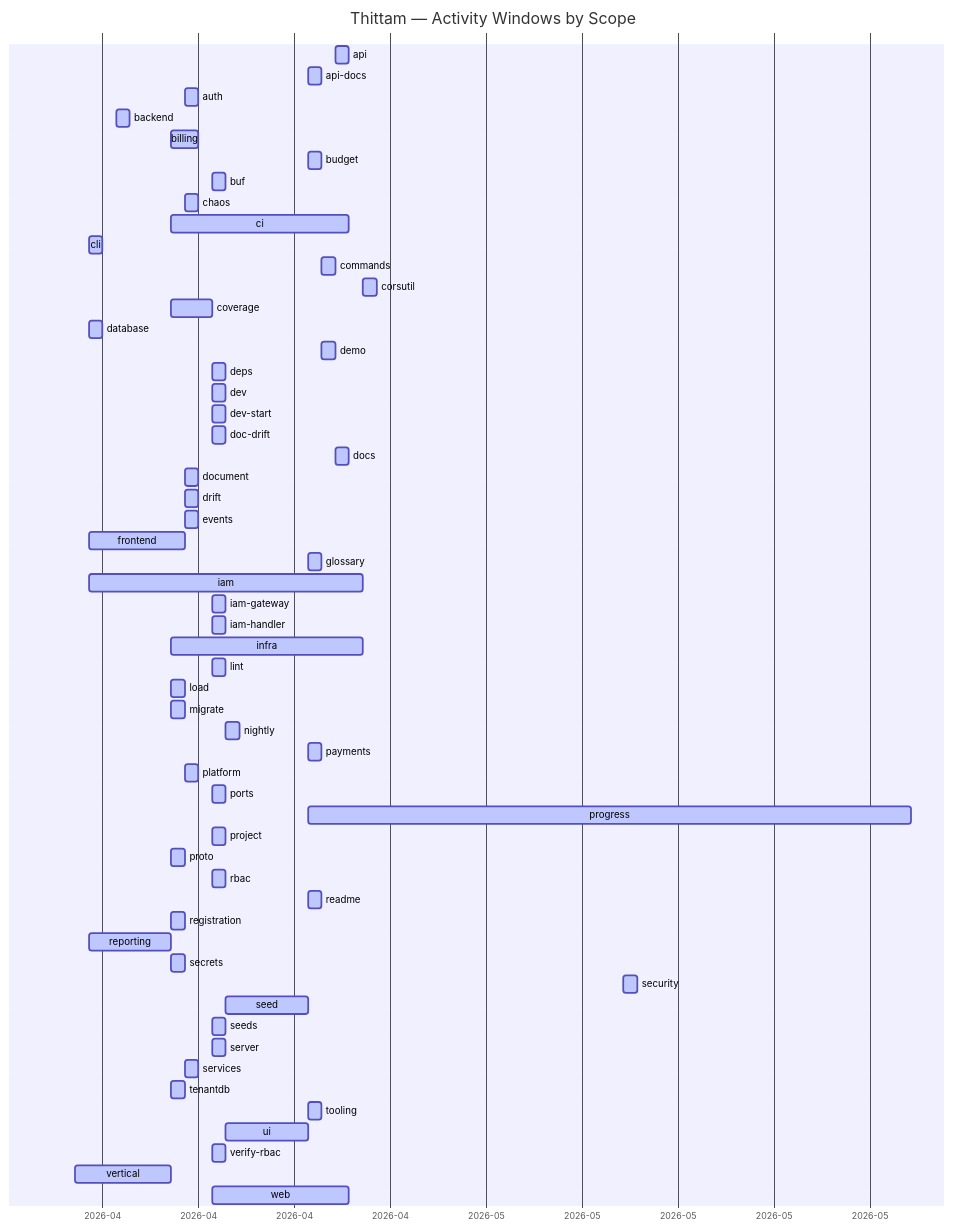
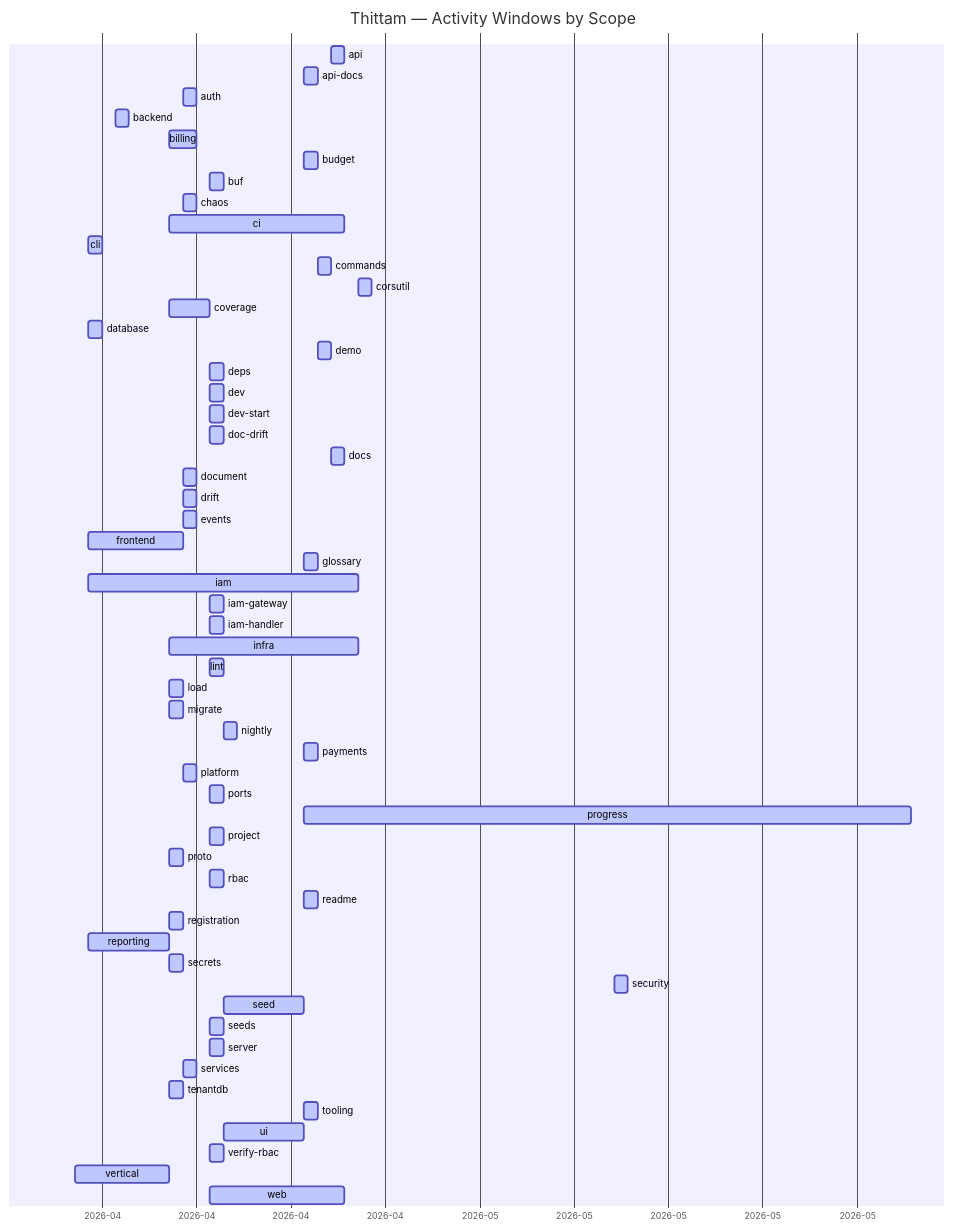
The diagram in docs/PROGRESS.md (wegofwd2020-hub/thittam), drawn with Mermaid before and after one commit. The commit also changed other lines of this file and 1 other file, not shown here.

Commit message:
chore(progress): nightly update of docs/PROGRESS.md + CSVs

````diff
--- a/docs/PROGRESS.md
+++ b/docs/PROGRESS.md
@@ -9,61 +9,61 @@
 ```mermaid
 gantt
     title Thittam — Activity Windows by Scope
     dateFormat YYYY-MM-DD
     axisFormat %Y-%m
     api                :active, s_api, 2026-04-22, 2026-04-23
     api-docs           :active, s_api_docs, 2026-04-20, 2026-04-21
     auth               :active, s_auth, 2026-04-11, 2026-04-12
     backend            :active, s_backend, 2026-04-06, 2026-04-07
     billing            :active, s_billing, 2026-04-10, 2026-04-12
     budget             :active, s_budget, 2026-04-20, 2026-04-21
     buf                :active, s_buf, 2026-04-13, 2026-04-14
     chaos              :active, s_chaos, 2026-04-11, 2026-04-12
     ci                 :active, s_ci, 2026-04-10, 2026-04-23
     cli                :active, s_cli, 2026-04-04, 2026-04-05
     commands           :active, s_commands, 2026-04-21, 2026-04-22
     corsutil           :active, s_corsutil, 2026-04-24, 2026-04-25
     coverage           :active, s_coverage, 2026-04-10, 2026-04-13
     database           :active, s_database, 2026-04-04, 2026-04-05
     demo               :active, s_demo, 2026-04-21, 2026-04-22
     deps               :active, s_deps, 2026-04-13, 2026-04-14
     dev                :active, s_dev, 2026-04-13, 2026-04-14
     dev-start          :active, s_dev_start, 2026-04-13, 2026-04-14
     doc-drift          :active, s_doc_drift, 2026-04-13, 2026-04-14
     docs               :active, s_docs, 2026-04-22, 2026-04-23
     document           :active, s_document, 2026-04-11, 2026-04-12
     drift              :active, s_drift, 2026-04-11, 2026-04-12
     events             :active, s_events, 2026-04-11, 2026-04-12
     frontend           :active, s_frontend, 2026-04-04, 2026-04-11
     glossary           :active, s_glossary, 2026-04-20, 2026-04-21
     iam                :active, s_iam, 2026-04-04, 2026-04-24
     iam-gateway        :active, s_iam_gateway, 2026-04-13, 2026-04-14
     iam-handler        :active, s_iam_handler, 2026-04-13, 2026-04-14
     infra              :active, s_infra, 2026-04-10, 2026-04-24
     lint               :active, s_lint, 2026-04-13, 2026-04-14
     load               :active, s_load, 2026-04-10, 2026-04-11
     migrate            :active, s_migrate, 2026-04-10, 2026-04-11
     nightly            :active, s_nightly, 2026-04-14, 2026-04-15
     payments           :active, s_payments, 2026-04-20, 2026-04-21
     platform           :active, s_platform, 2026-04-11, 2026-04-12
     ports              :active, s_ports, 2026-04-13, 2026-04-14
-    progress           :active, s_progress, 2026-04-20, 2026-06-03
+    progress           :active, s_progress, 2026-04-20, 2026-06-04
     project            :active, s_project, 2026-04-13, 2026-04-14
     proto              :active, s_proto, 2026-04-10, 2026-04-11
     rbac               :active, s_rbac, 2026-04-13, 2026-04-14
     readme             :active, s_readme, 2026-04-20, 2026-04-21
     registration       :active, s_registration, 2026-04-10, 2026-04-11
     reporting          :active, s_reporting, 2026-04-04, 2026-04-10
     secrets            :active, s_secrets, 2026-04-10, 2026-04-11
     security           :active, s_security, 2026-05-13, 2026-05-14
     seed               :active, s_seed, 2026-04-14, 2026-04-20
     seeds              :active, s_seeds, 2026-04-13, 2026-04-14
     server             :active, s_server, 2026-04-13, 2026-04-14
     services           :active, s_services, 2026-04-11, 2026-04-12
     tenantdb           :active, s_tenantdb, 2026-04-10, 2026-04-11
     tooling            :active, s_tooling, 2026-04-20, 2026-04-21
     ui                 :active, s_ui, 2026-04-14, 2026-04-20
     verify-rbac        :active, s_verify_rbac, 2026-04-13, 2026-04-14
     vertical           :active, s_vertical, 2026-04-03, 2026-04-10
     web                :active, s_web, 2026-04-13, 2026-04-23
 ```
````
